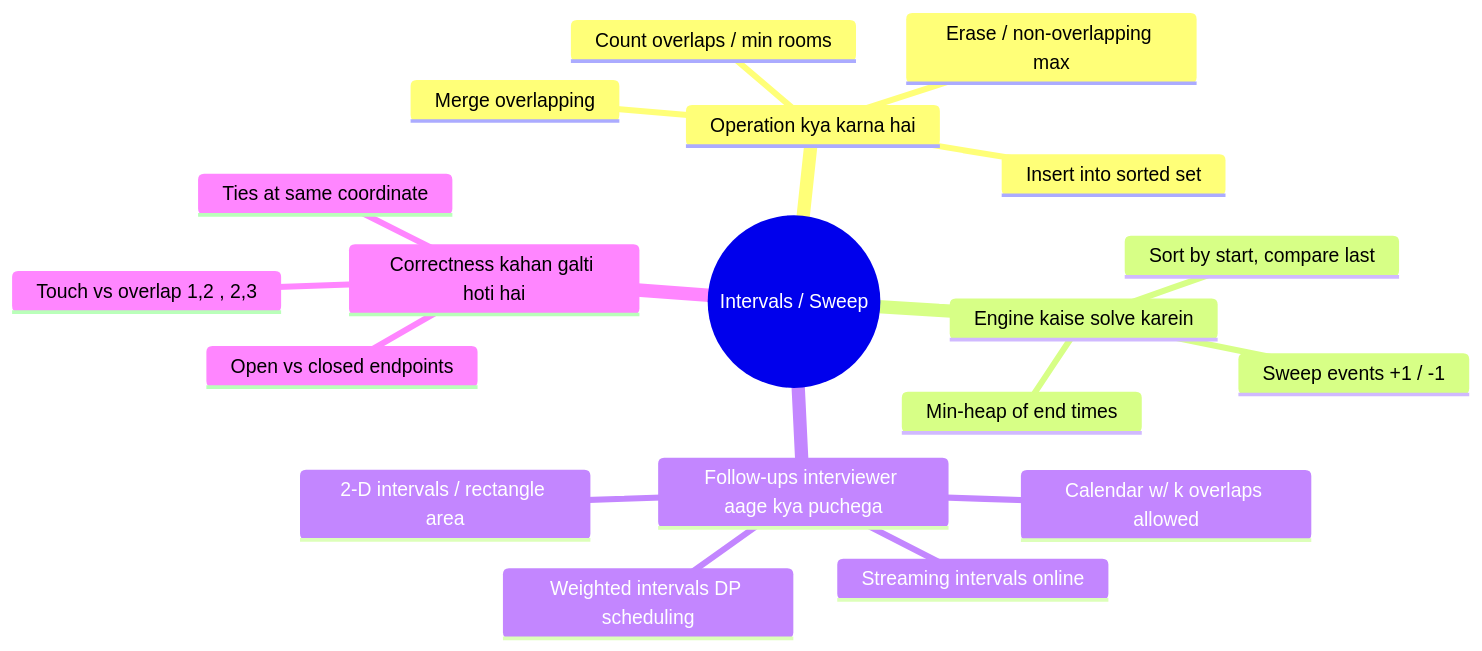
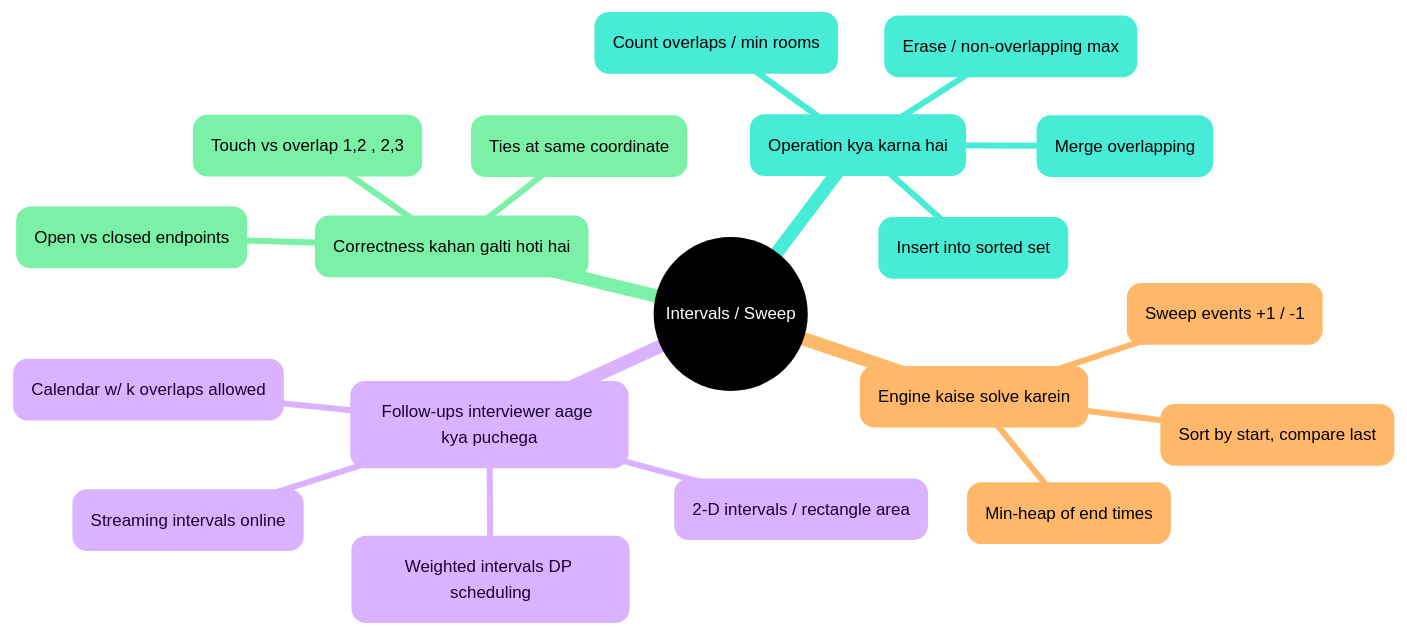
One commit to ankur170/ds-visualizer changed diagram 12 of 21 in neetcode150_mindmaps_hinglish.md. Above: the diagram before and after it, drawn with Mermaid. The commit also changed other lines of this file, not shown here.

````diff
--- a/neetcode150_mindmaps_hinglish.md
+++ b/neetcode150_mindmaps_hinglish.md
@@ -280,22 +323,26 @@
 ```mermaid
+---
+config:
+  theme: redux-dark-color
+---
 mindmap
   root((Intervals / Sweep))
     Operation kya karna hai
       Merge overlapping
       Insert into sorted set
       Count overlaps / min rooms
       Erase / non-overlapping max
     Engine kaise solve karein
       Sort by start, compare last
       Sweep events +1 / -1
       Min-heap of end times
     Follow-ups interviewer aage kya puchega
       Streaming intervals online
       Weighted intervals DP scheduling
       2-D intervals / rectangle area
       Calendar w/ k overlaps allowed
     Correctness kahan galti hoti hai
       Touch vs overlap 1,2 , 2,3
       Open vs closed endpoints
       Ties at same coordinate
 ```
````
